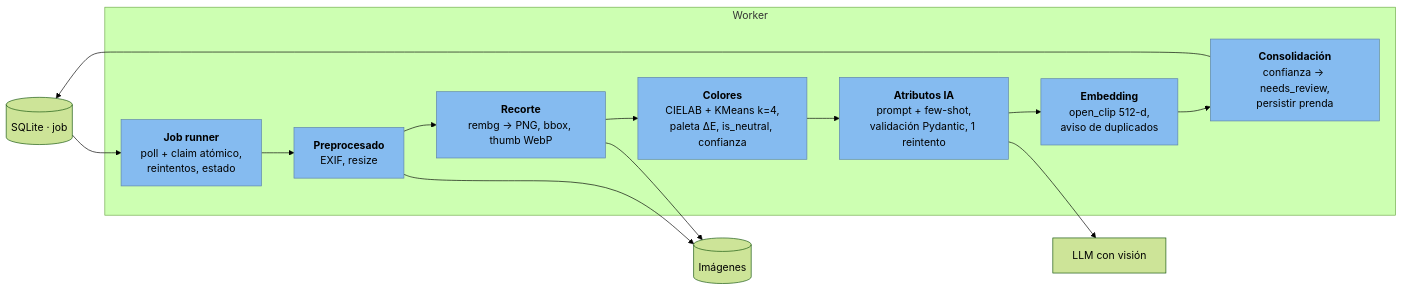
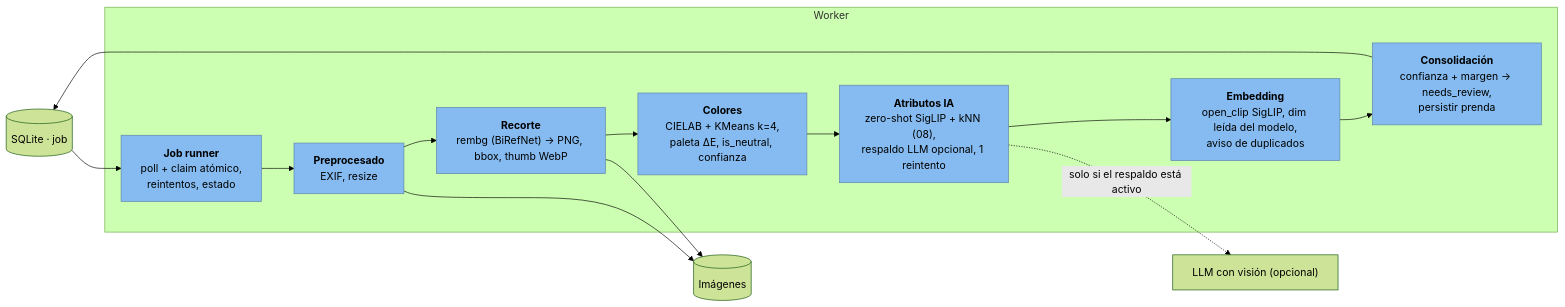
Before and after one commit to ed-paredes/pachapp: the fourth of 6 diagrams in docs/architecture/c4.md, drawn with Mermaid (forest theme). The commit also changed other lines of this file and 6 other files, not shown here.

````diff
--- a/docs/architecture/c4.md
+++ b/docs/architecture/c4.md
@@ -133,22 +133,22 @@
 ```mermaid
 flowchart LR
     db[("SQLite · job")]
     subgraph worker["Worker"]
         loop["<b>Job runner</b><br/>poll + claim atómico,<br/>reintentos, estado"]
         pre["<b>Preprocesado</b><br/>EXIF, resize"]
-        cut["<b>Recorte</b><br/>rembg → PNG, bbox, thumb WebP"]
+        cut["<b>Recorte</b><br/>rembg (BiRefNet) → PNG, bbox, thumb WebP"]
         col["<b>Colores</b><br/>CIELAB + KMeans k=4,<br/>paleta ΔE, is_neutral, confianza"]
-        ai["<b>Atributos IA</b><br/>prompt + few-shot,<br/>validación Pydantic, 1 reintento"]
-        emb["<b>Embedding</b><br/>open_clip 512-d,<br/>aviso de duplicados"]
-        fin["<b>Consolidación</b><br/>confianza → needs_review,<br/>persistir prenda"]
+        ai["<b>Atributos IA</b><br/>zero-shot SigLIP + kNN (08),<br/>respaldo LLM opcional, 1 reintento"]
+        emb["<b>Embedding</b><br/>open_clip SigLIP, dim leída del modelo,<br/>aviso de duplicados"]
+        fin["<b>Consolidación</b><br/>confianza + margen → needs_review,<br/>persistir prenda"]
     end
     img[("Imágenes")]
-    llm["LLM con visión"]
+    llm["LLM con visión (opcional)"]
 
     db --> loop --> pre --> cut --> col --> ai --> emb --> fin --> db
     pre & cut --> img
-    ai --> llm
+    ai -. "solo si el respaldo está activo" .-> llm
 
     classDef comp fill:#85bbf0,color:#000,stroke:#5d82a8
     class loop,pre,cut,col,ai,emb,fin comp
 ```
````
